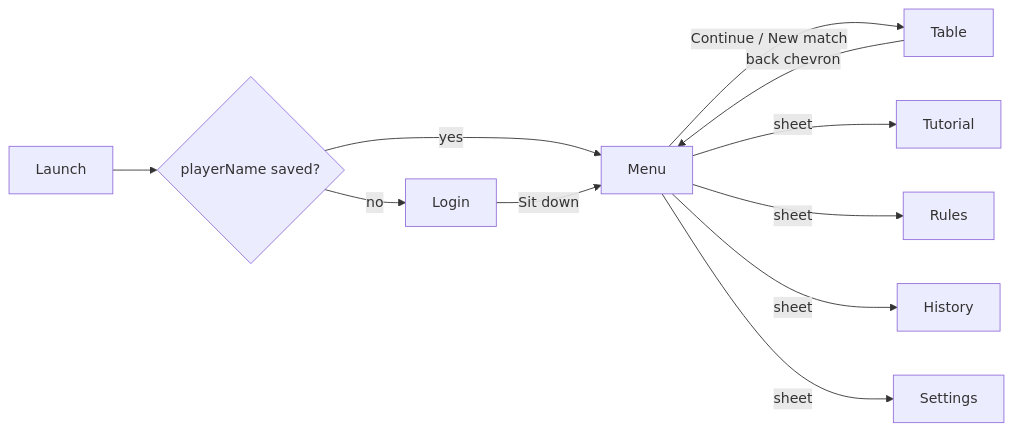
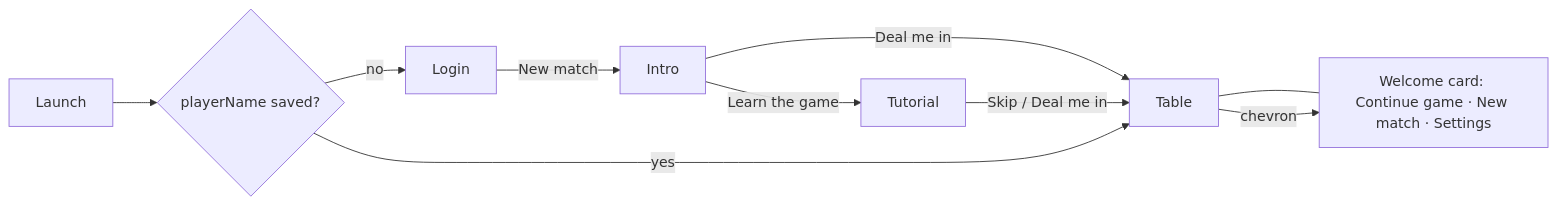
One commit to cmurphy1140/catch-5 changed the second of 4 diagrams in docs/architecture.md. Above: the diagram before and after it, drawn with Mermaid. The commit also changed other lines of this file and 11 other files, not shown here.

First line of the commit message:
No menu page: one-page intro for new players, welcome card for returning ones

````diff
--- a/docs/architecture.md
+++ b/docs/architecture.md
@@ -42,13 +42,11 @@
 ```mermaid
 flowchart LR
     Launch --> Q{playerName saved?}
     Q -- no --> Login
-    Q -- yes --> Menu
-    Login -- "Sit down" --> Menu
-    Menu -- "Continue / New match" --> Table
-    Table -- back chevron --> Menu
-    Menu -- sheet --> Tutorial
-    Menu -- sheet --> Rules
-    Menu -- sheet --> History
-    Menu -- sheet --> Settings
+    Login -- "New match" --> Intro
+    Intro -- "Deal me in" --> Table
+    Intro -- "Learn the game" --> Tutorial -- "Skip / Deal me in" --> Table
+    Q -- yes --> Table
+    Table --- Card["Welcome card: Continue game · New match · Settings"]
+    Table -- chevron --> Card
 ```
````
